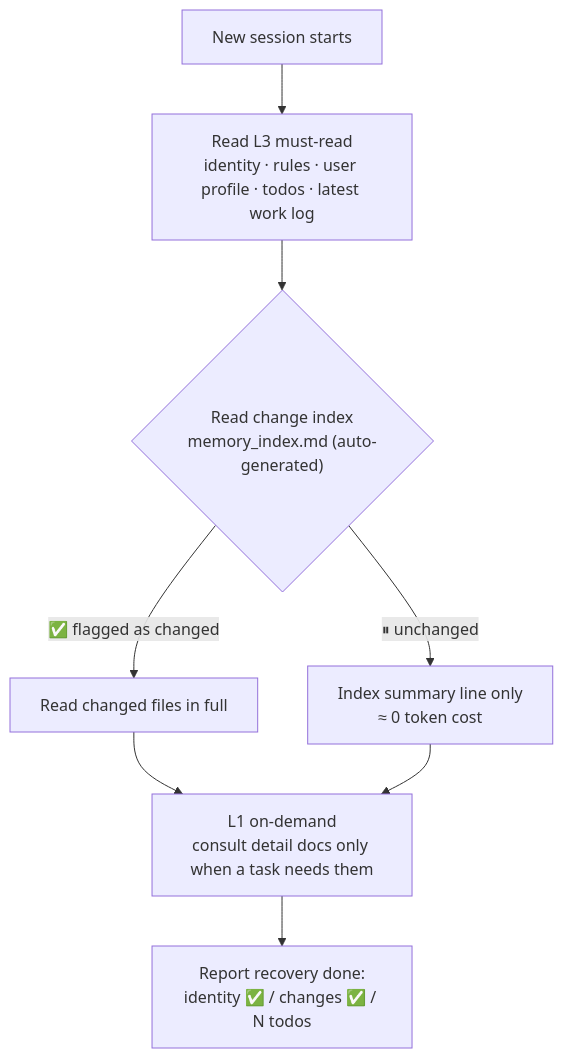
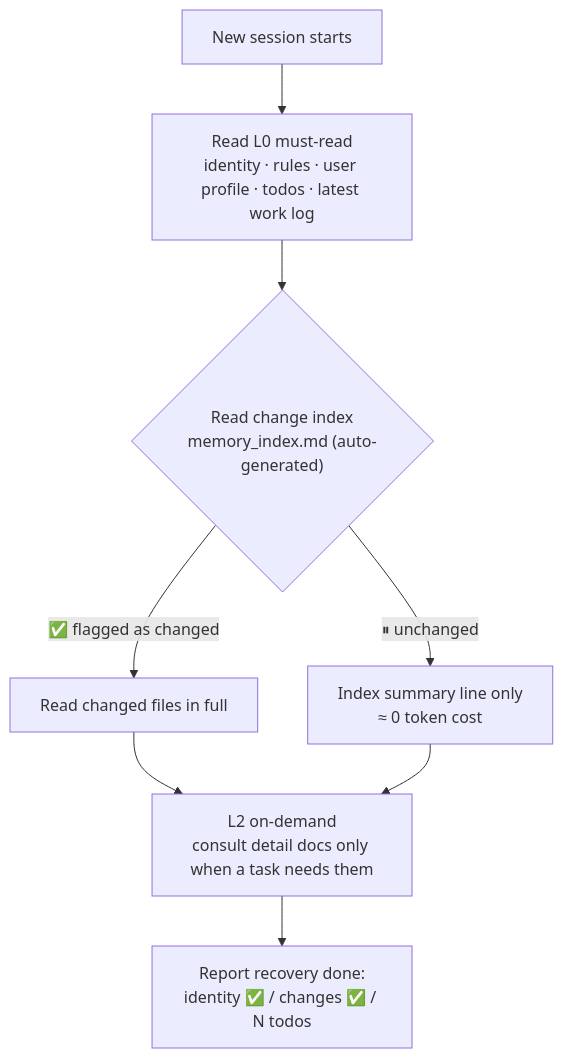
Before and after one commit to ccy123abcd/changsheng-agent-memory: the diagram in README.md, drawn with Mermaid. The commit also changed other lines of this file and 4 other files, not shown here.

````diff
--- a/README.md
+++ b/README.md
@@ -94,10 +94,10 @@
 ```mermaid
 flowchart TD
-    A["New session starts"] --> B["Read L3 must-read<br/>identity · rules · user profile · todos · latest work log"]
+    A["New session starts"] --> B["Read L0 must-read<br/>identity · rules · user profile · todos · latest work log"]
     B --> C{"Read change index<br/>memory_index.md (auto-generated)"}
     C -->|"✅ flagged as changed"| D["Read changed files in full"]
     C -->|"⏸ unchanged"| E["Index summary line only<br/>≈ 0 token cost"]
-    D --> F["L1 on-demand<br/>consult detail docs only when a task needs them"]
+    D --> F["L2 on-demand<br/>consult detail docs only when a task needs them"]
     E --> F
     F --> G["Report recovery done:<br/>identity ✅ / changes ✅ / N todos"]
 ```
````
